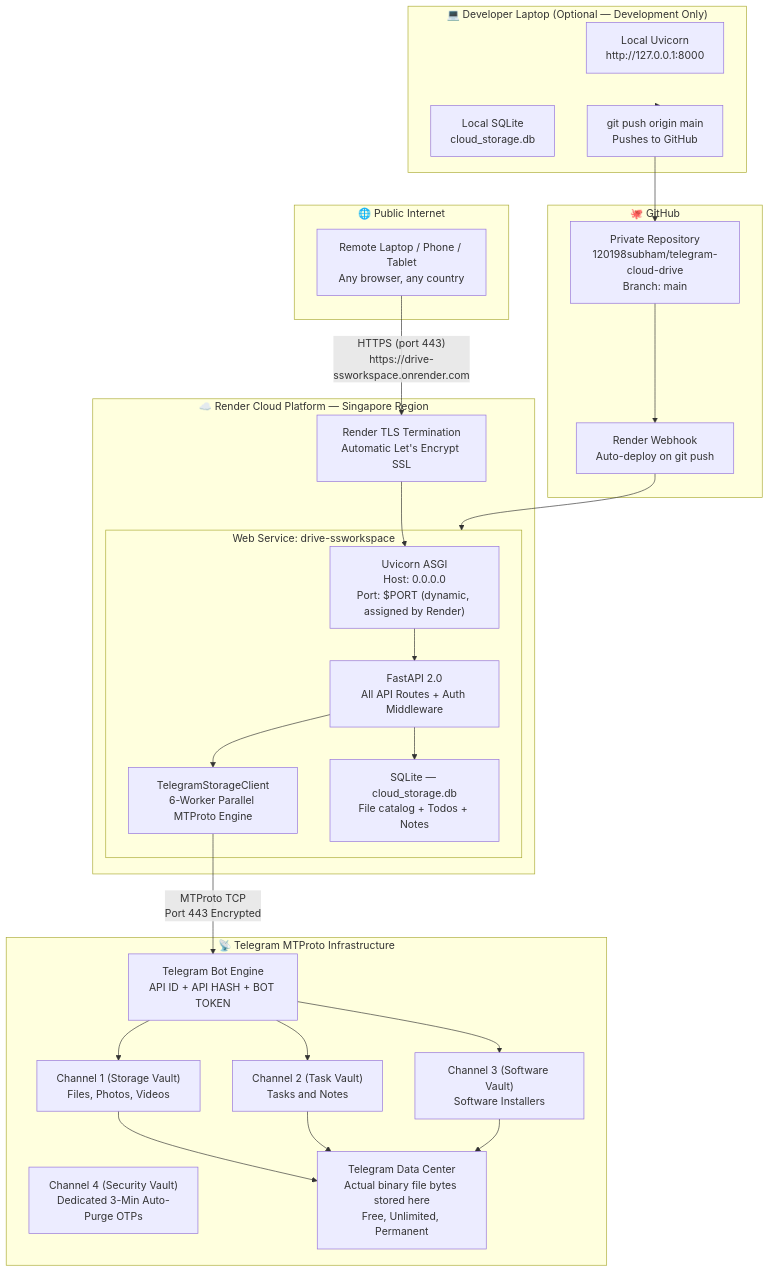
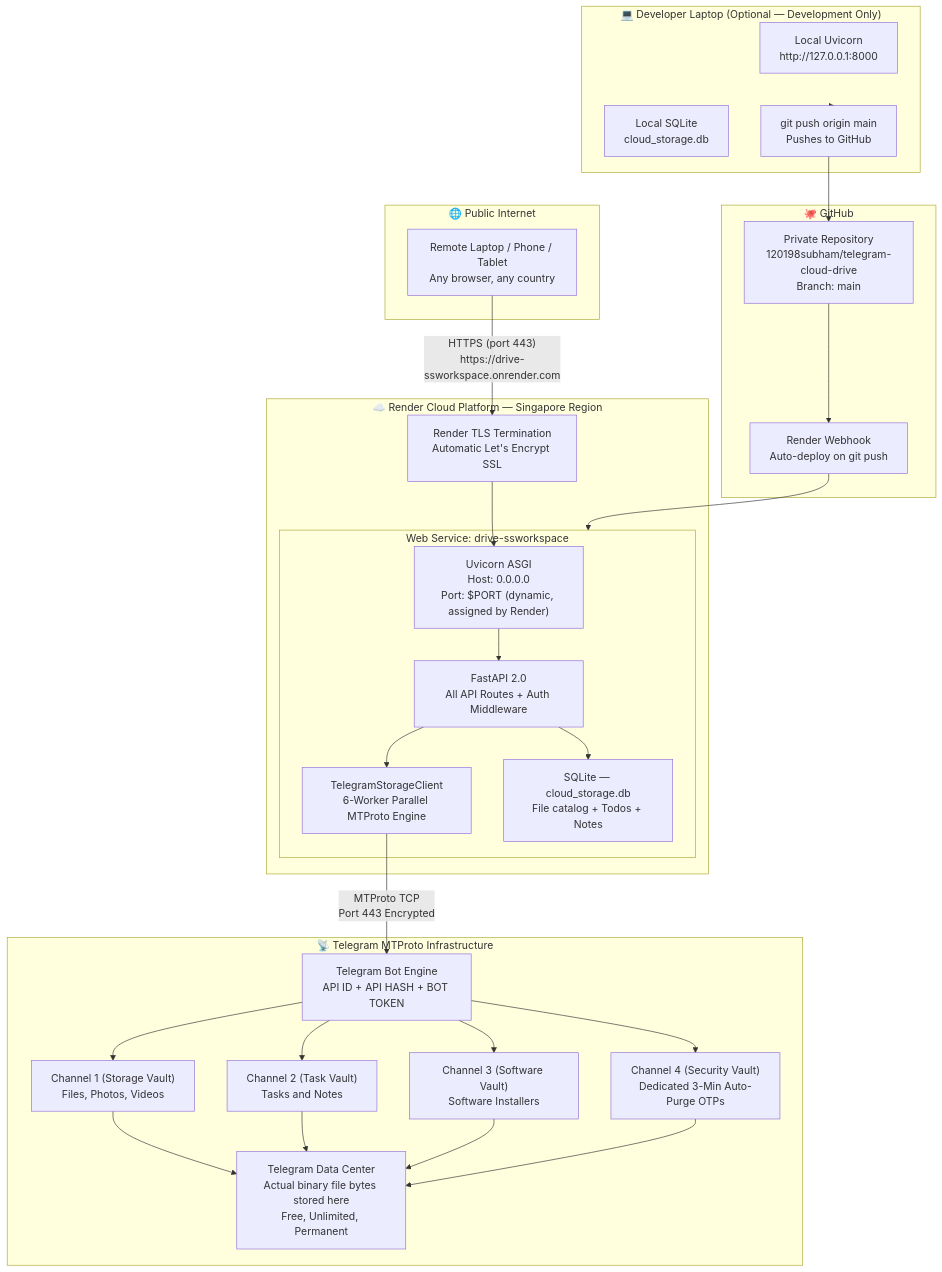
The first of 5 diagrams in architecture-scanner/3_deployment_diagram.md (120198subham/telegram-cloud-drive), drawn with Mermaid before and after one commit. The commit also changed other lines of this file and 14 other files, not shown here.

````diff
--- a/architecture-scanner/3_deployment_diagram.md
+++ b/architecture-scanner/3_deployment_diagram.md
@@ -7,48 +7,48 @@
 ```mermaid
 graph TB
     subgraph INTERNET["🌐 Public Internet"]
         BROWSER_REMOTE["Remote Laptop / Phone / Tablet\nAny browser, any country"]
     end
 
     subgraph RENDER_CLOUD["☁️ Render Cloud Platform — Singapore Region"]
         subgraph RENDER_SERVICE["Web Service: drive-ssworkspace"]
             UVICORN_PROD["Uvicorn ASGI\nHost: 0.0.0.0\nPort: $PORT (dynamic, assigned by Render)"]
             FASTAPI_PROD["FastAPI 2.0\nAll API Routes + Auth Middleware"]
             TG_CLIENT_PROD["TelegramStorageClient\n6-Worker Parallel MTProto Engine"]
             SQLITE_PROD["SQLite — cloud_storage.db\nFile catalog + Todos + Notes"]
         end
         HTTPS_PROXY["Render TLS Termination\nAutomatic Let's Encrypt SSL"]
     end
 
     subgraph GITHUB_CLOUD["🐙 GitHub"]
         REPO_PROD["Private Repository\n120198subham/telegram-cloud-drive\nBranch: main"]
         WEBHOOK["Render Webhook\nAuto-deploy on git push"]
     end
 
     subgraph TELEGRAM_INFRA["📡 Telegram MTProto Infrastructure"]
         BOT_PROD["Telegram Bot Engine\nAPI ID + API HASH + BOT TOKEN"]
         CH1_PROD["Channel 1 (Storage Vault)\nFiles, Photos, Videos"]
         CH2_PROD["Channel 2 (Task Vault)\nTasks and Notes"]
         CH3_PROD["Channel 3 (Software Vault)\nSoftware Installers"]
         CH4_PROD["Channel 4 (Security Vault)\nDedicated 3-Min Auto-Purge OTPs"]
         TG_DC["Telegram Data Center\nActual binary file bytes stored here\nFree, Unlimited, Permanent"]
     end
 
     subgraph LOCAL_DEV["💻 Developer Laptop (Optional — Development Only)"]
         LOCAL_SERVER["Local Uvicorn\nhttp://127.0.0.1:8000"]
         LOCAL_DB["Local SQLite\ncloud_storage.db"]
         GIT_PUSH["git push origin main\nPushes to GitHub"]
     end
 
     BROWSER_REMOTE -->|"HTTPS (port 443)\nhttps://drive-ssworkspace.onrender.com"| HTTPS_PROXY
     HTTPS_PROXY --> UVICORN_PROD
     UVICORN_PROD --> FASTAPI_PROD
     FASTAPI_PROD --> TG_CLIENT_PROD
     FASTAPI_PROD --> SQLITE_PROD
     TG_CLIENT_PROD -->|"MTProto TCP\nPort 443 Encrypted"| BOT_PROD
-    BOT_PROD --> CH1_PROD & CH2_PROD & CH3_PROD
-    CH1_PROD & CH2_PROD & CH3_PROD --> TG_DC
+    BOT_PROD --> CH1_PROD & CH2_PROD & CH3_PROD & CH4_PROD
+    CH1_PROD & CH2_PROD & CH3_PROD & CH4_PROD --> TG_DC
     
     LOCAL_DEV --> GIT_PUSH --> REPO_PROD
     REPO_PROD --> WEBHOOK --> RENDER_SERVICE
 ```
````
